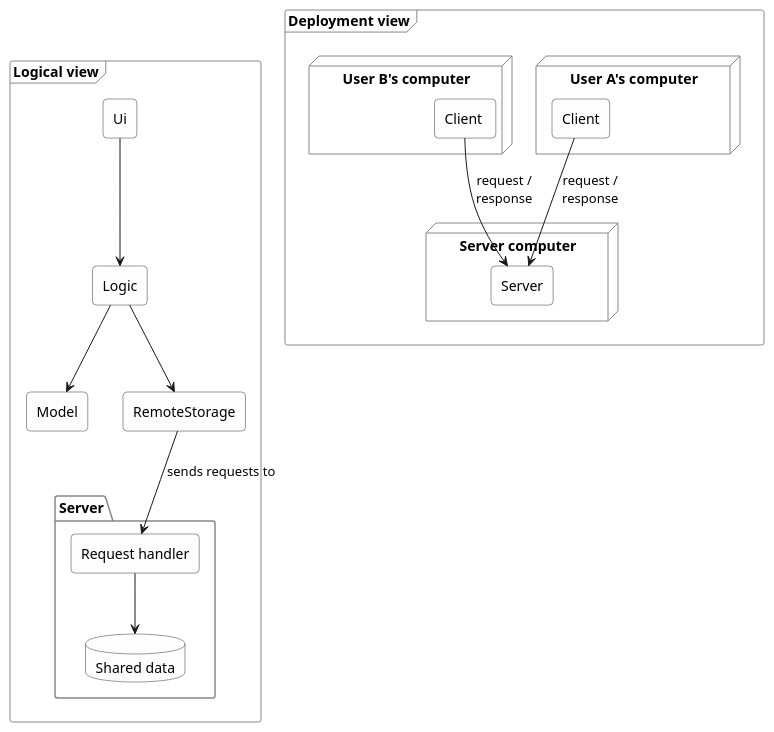
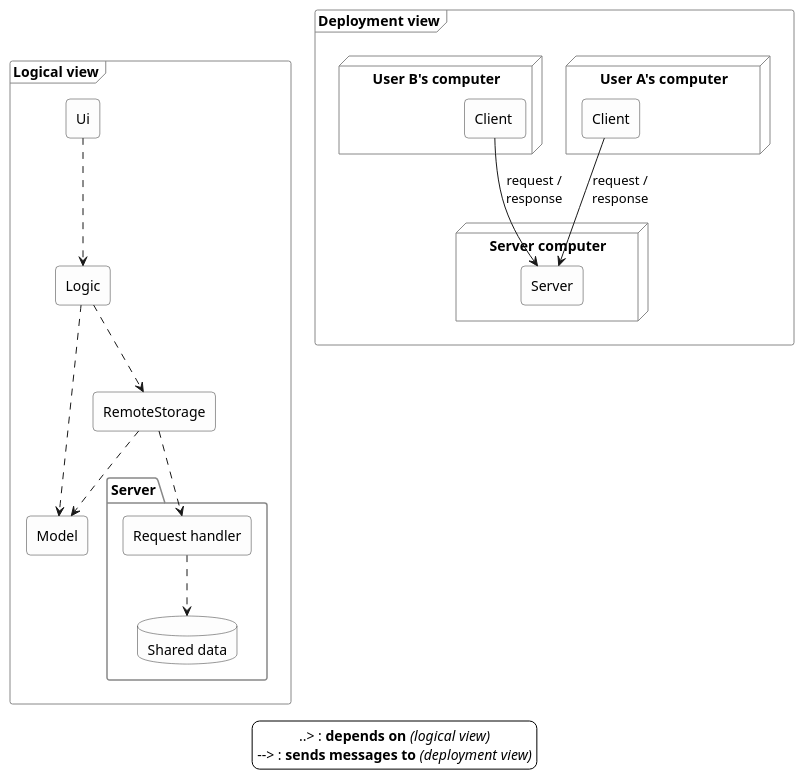
The diagram in architecture/architecturalStyles/clientServer/what/images/clientServerViews.puml (se-edu/se-book), drawn with PlantUML before and after one commit. The commit also changed 2 other files, not shown here.

Commit message:
architecture: Use dashed arrows and legends consistently in diagrams
The chapter tells readers to check a diagram's legend for what an arrow
means, but its own diagrams were inconsistent:

- architecture.puml drew dependencies as '..>' while its legend
  illustrated them as '-->'
- twoViews.puml had no legend at all
- clientServerViews.puml drew dependencies as solid arrows, had no
  legend, and used one arrow style for both 'depends on' and
  'sends requests to'

Dependencies are now dashed everywhere, matching UML, and every diagram
with arrows carries a legend. Also restores the RemoteStorage-to-Model
dependency, which Storage had in the earlier diagrams and which
RemoteStorage keeps by honoring the same interface.

```diff
--- a/architecture/architecturalStyles/clientServer/what/images/clientServerViews.puml
+++ b/architecture/architecturalStyles/clientServer/what/images/clientServerViews.puml
@@ -1,50 +1,55 @@
 @startuml
 skinparam backgroundColor transparent
 skinparam shadowing false
 skinparam defaultTextAlignment center
 skinparam rectangle {
   BackgroundColor #FDFDFD
   BorderColor #333333
   roundCorner 8
 }
 skinparam node {
   BackgroundColor #F2F6FF
   BorderColor #333333
 }
 skinparam database {
   BackgroundColor #FDFDFD
   BorderColor #333333
 }
 skinparam package {
   BackgroundColor transparent
   BorderColor #888888
 }
 frame "Logical view" {
   rectangle "Ui" as ui
   rectangle "Logic" as logic
   rectangle "Model" as model
   rectangle "RemoteStorage" as rs
-  ui --> logic
-  logic --> model
-  logic --> rs
+  ui ..> logic
+  logic ..> model
+  logic ..> rs
+  rs ..> model
   package "Server" {
     rectangle "Request handler" as rh
     database "Shared data" as db
-    rh --> db
+    rh ..> db
   }
-  rs --> rh : sends requests to
+  rs ..> rh
 }
 frame "Deployment view" {
   node "User A's computer" {
     rectangle "Client" as ca
   }
   node "User B's computer" {
     rectangle "Client " as cb
   }
   node "Server computer" {
     rectangle "Server" as sp
   }
   ca --> sp : request /\nresponse
   cb --> sp : request /\nresponse
 }
+legend bottom
+  ..> : <b>depends on</b> <i>(logical view)</i>
+  --> : <b>sends messages to</b> <i>(deployment view)</i>
+endlegend
 @enduml
```
